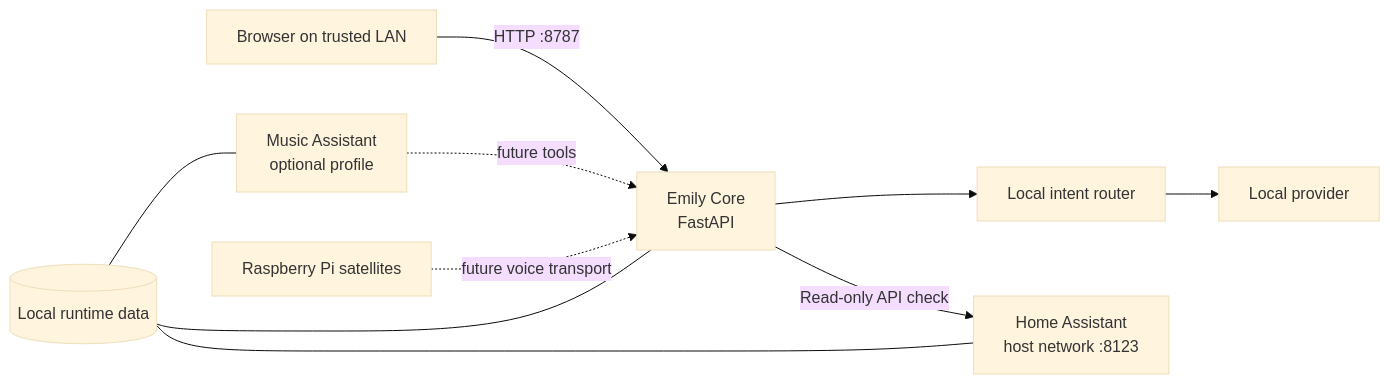
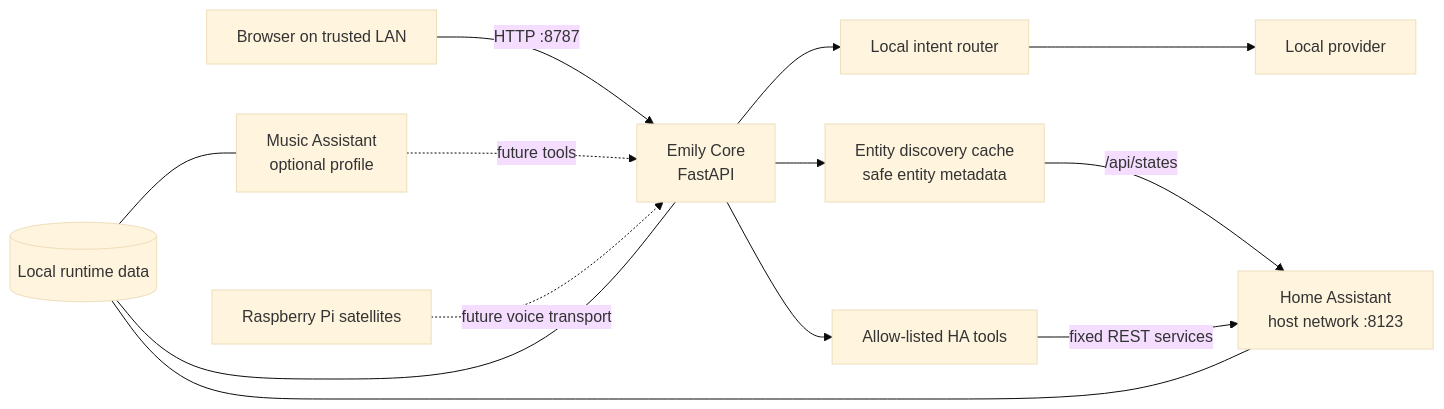
One commit to AmirIqbal1/emily-assistant changed the diagram in README.md. Above: the diagram before and after it, drawn with Mermaid (base theme). The commit also changed other lines of this file and 20 other files, not shown here.

````diff
--- a/README.md
+++ b/README.md
@@ -12,12 +12,15 @@
 ```mermaid
 flowchart LR
     Browser[Browser on trusted LAN] -->|HTTP :8787| Core[Emily Core<br/>FastAPI]
     Core --> Router[Local intent router]
     Router --> Provider[Local provider]
-    Core -->|Read-only API check| HA[Home Assistant<br/>host network :8123]
+    Core --> Discovery[Entity discovery cache<br/>safe entity metadata]
+    Core --> Tools[Allow-listed HA tools]
+    Discovery -->|/api/states| HA[Home Assistant<br/>host network :8123]
+    Tools -->|fixed REST services| HA
     MA[Music Assistant<br/>optional profile] -. future tools .-> Core
     Satellites[Raspberry Pi satellites] -. future voice transport .-> Core
     Runtime[(Local runtime data)] --- Core
     Runtime --- HA
     Runtime --- MA
 ```
````
